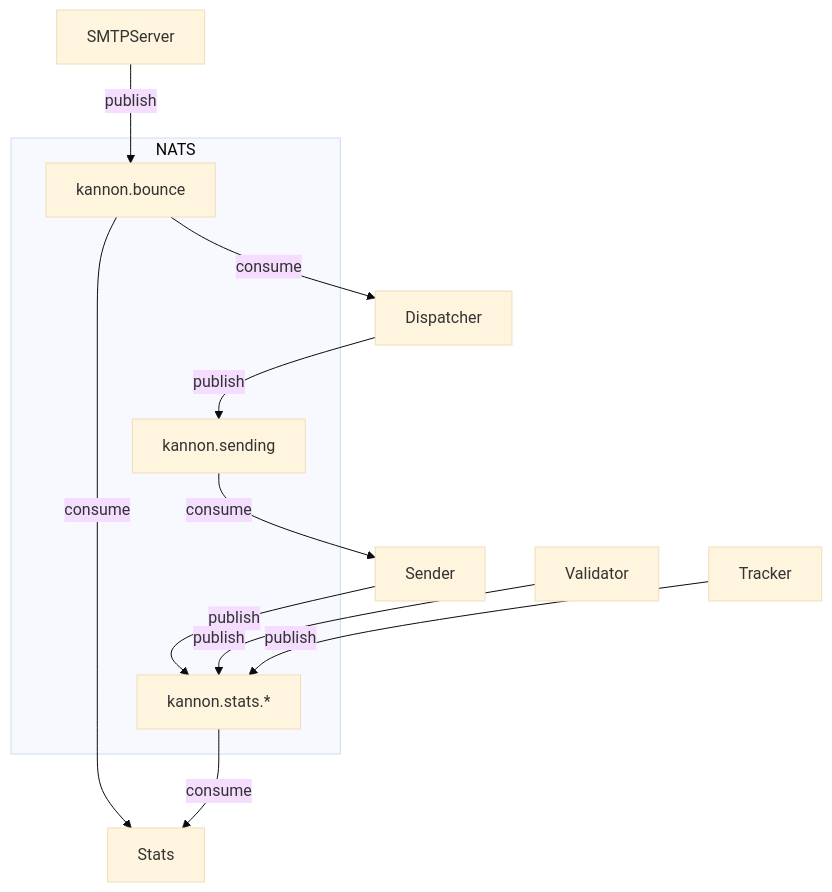
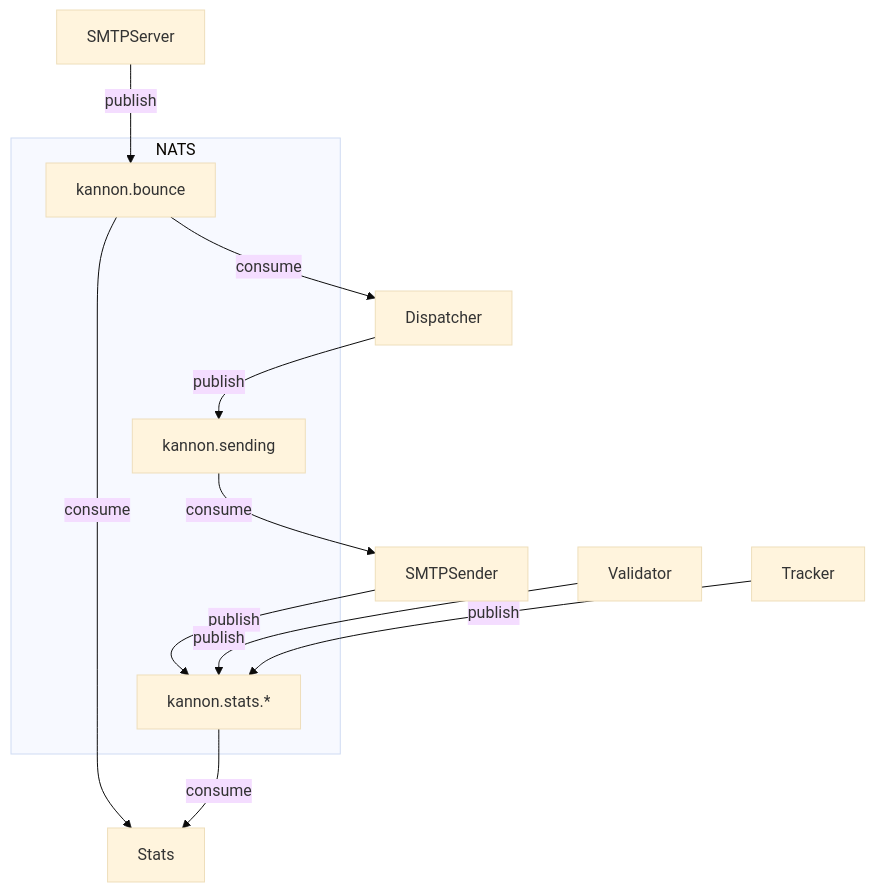
One commit to kannon-email/kannon changed the first of 2 diagrams in ARCHITECTURE.md. Above: the diagram before and after it, drawn with Mermaid (base theme). The commit also changed other lines of this file and 7 other files, not shown here.

First line of the commit message:
refactor: rename pkg/sender to pkg/smtpsender (#326)

````diff
--- a/ARCHITECTURE.md
+++ b/ARCHITECTURE.md
@@ -196,17 +196,17 @@
 ```mermaid
 flowchart TD
     subgraph NATS
         SENDING["kannon.sending"]
         STATS["kannon.stats.*"]
         BOUNCE["kannon.bounce"]
     end
     Dispatcher -- "publish" --> SENDING
-    SENDING -- "consume" --> Sender
-    Sender -- "publish" --> STATS
+    SENDING -- "consume" --> SMTPSender
+    SMTPSender -- "publish" --> STATS
     Validator -- "publish" --> STATS
     Tracker -- "publish" --> STATS
     SMTPServer -- "publish" --> BOUNCE
     BOUNCE -- "consume" --> Dispatcher
     BOUNCE -- "consume" --> Stats
     STATS -- "consume" --> Stats
 ```
````
